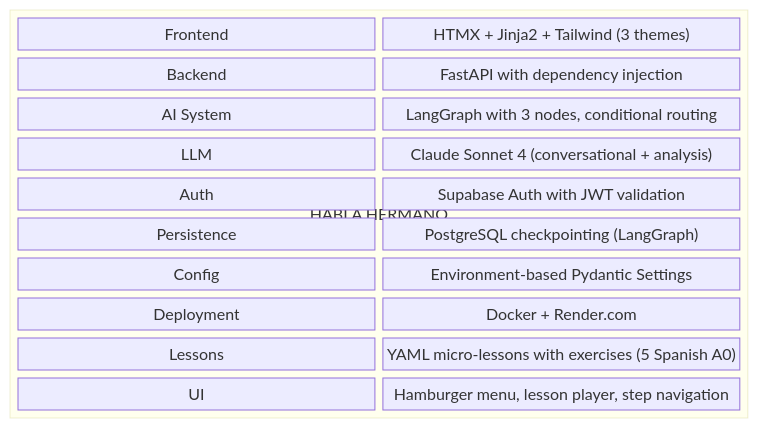
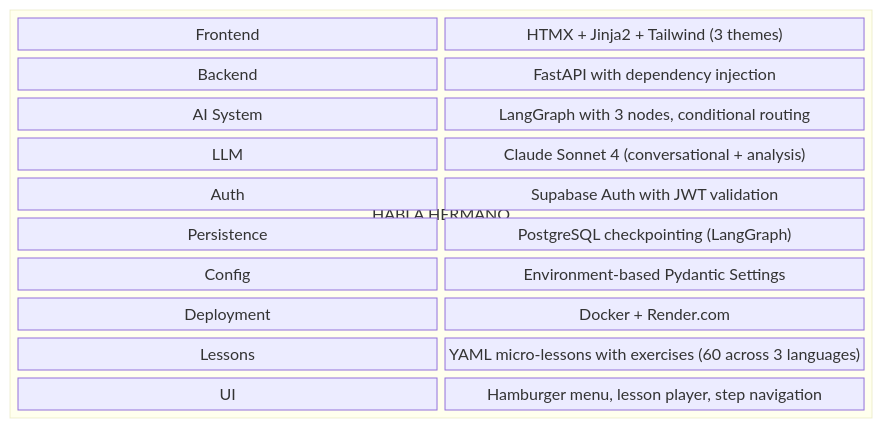
Before and after one commit to darth-dodo/habla-hermano: the first of 4 diagrams in docs/codebase-summary.md, drawn with Mermaid. The commit also changed other lines of this file and 8 other files, not shown here.

````diff
--- a/docs/codebase-summary.md
+++ b/docs/codebase-summary.md
@@ -15,17 +15,17 @@
 ```mermaid
 block-beta
     columns 1
     block:stack["HABLA HERMANO"]
         columns 2
         A["Frontend"] B["HTMX + Jinja2 + Tailwind (3 themes)"]
         C["Backend"] D["FastAPI with dependency injection"]
         E["AI System"] F["LangGraph with 3 nodes, conditional routing"]
         G["LLM"] H["Claude Sonnet 4 (conversational + analysis)"]
         I["Auth"] J["Supabase Auth with JWT validation"]
         K["Persistence"] L["PostgreSQL checkpointing (LangGraph)"]
         M["Config"] N["Environment-based Pydantic Settings"]
         O["Deployment"] P["Docker + Render.com"]
-        Q["Lessons"] R["YAML micro-lessons with exercises (5 Spanish A0)"]
+        Q["Lessons"] R["YAML micro-lessons with exercises (60 across 3 languages)"]
         S["UI"] T["Hamburger menu, lesson player, step navigation"]
     end
 ```
````
